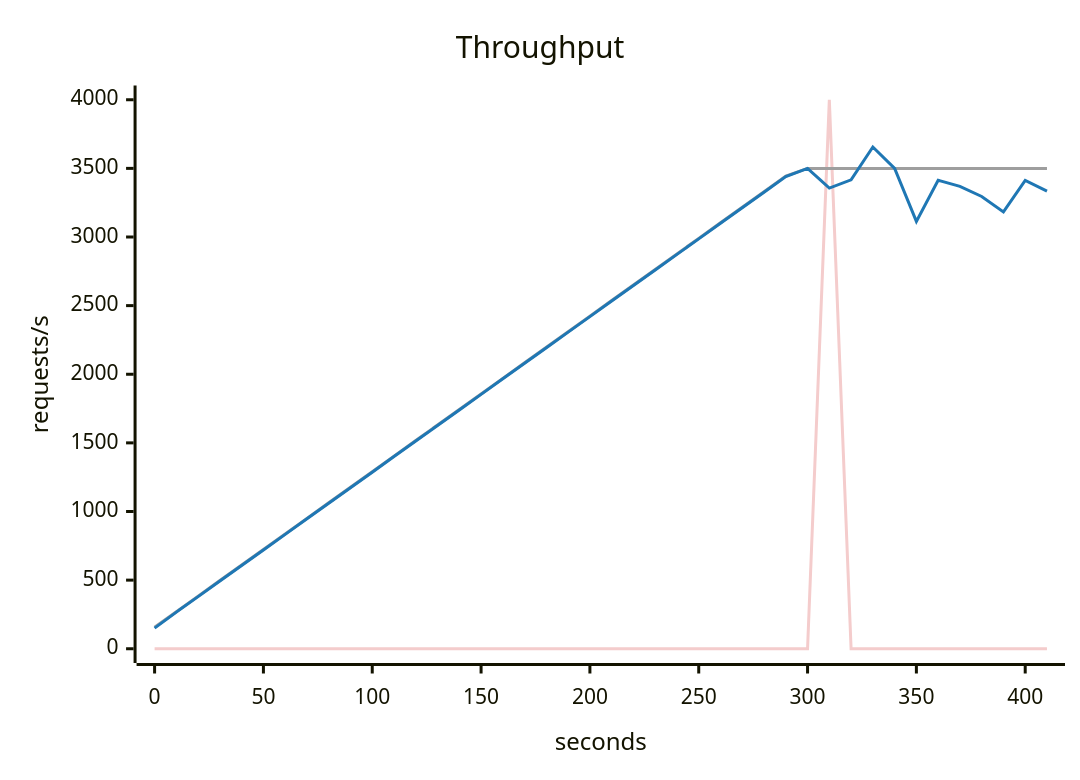
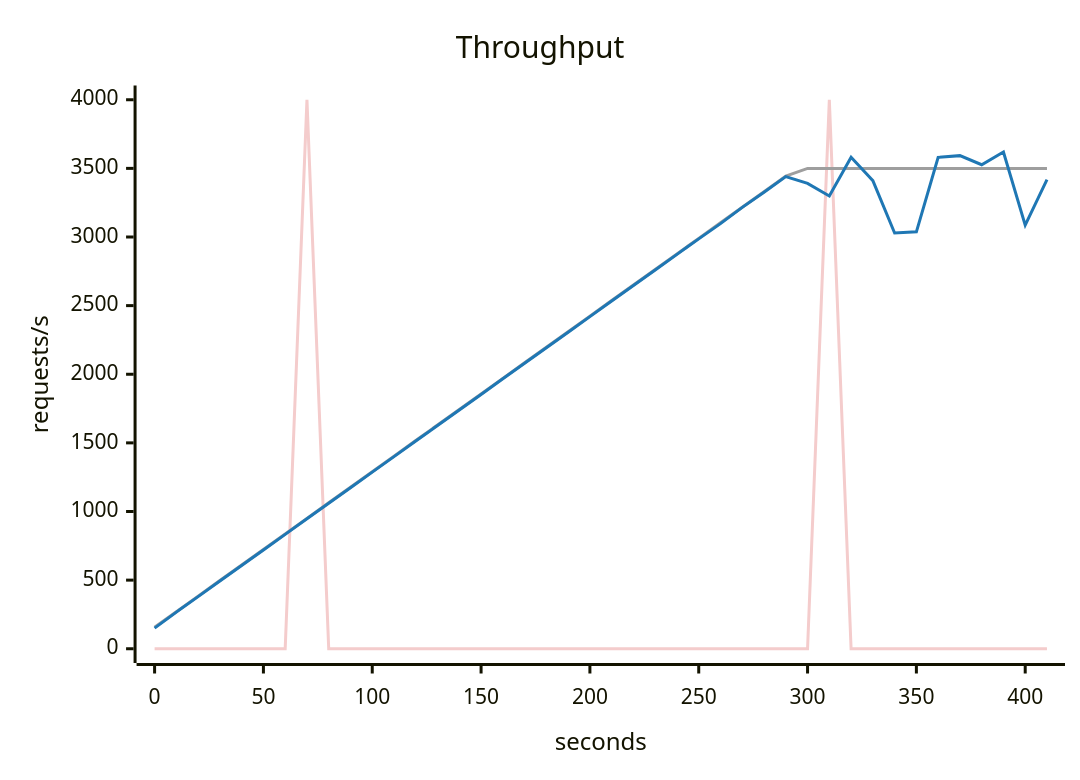
The second of 5 diagrams in scenarios/when-to-scale-your-database/solutions/one-query-per-page/report.md (akinfemi/load-lore), drawn with Mermaid before and after one commit. The commit also changed other lines of this file and 125 other files, not shown here.

````diff
--- a/scenarios/when-to-scale-your-database/solutions/one-query-per-page/report.md
+++ b/scenarios/when-to-scale-your-database/solutions/one-query-per-page/report.md
@@ -40,16 +39,16 @@
 ```mermaid
 ---
 config:
   themeVariables:
     xyChart:
       backgroundColor: "transparent"
       plotColorPalette: "#f4cccc, #9e9e9e, #1f77b4"
 ---
 xychart-beta
     title "Throughput"
     x-axis "seconds" 0 --> 410
     y-axis "requests/s" 0 --> 4000
-    line [0, 0, 0, 0, 0, 0, 0, 0, 0, 0, 0, 0, 0, 0, 0, 0, 0, 0, 0, 0, 0, 0, 0, 0, 0, 0, 0, 0, 0, 0, 0, 4000, 0, 0, 0, 0, 0, 0, 0, 0, 0, 0]
+    line [0, 0, 0, 0, 0, 0, 0, 4000, 0, 0, 0, 0, 0, 0, 0, 0, 0, 0, 0, 0, 0, 0, 0, 0, 0, 0, 0, 0, 0, 0, 0, 4000, 0, 0, 0, 0, 0, 0, 0, 0, 0, 0]
     line [156.667, 270, 383.333, 496.667, 610, 723.333, 836.667, 950, 1063.333, 1176.667, 1290, 1403.333, 1516.667, 1630, 1743.333, 1856.667, 1970, 2083.333, 2196.667, 2310, 2423.333, 2536.667, 2650, 2763.333, 2876.667, 2990, 3103.333, 3216.667, 3330, 3443.333, 3500, 3500, 3500, 3500, 3500, 3500, 3500, 3500, 3500, 3500, 3500, 3500]
-    line [150.42, 266.563, 379.943, 493.365, 606.558, 719.998, 833.229, 946.645, 1060.163, 1172.965, 1286.646, 1400.078, 1513.207, 1626.757, 1739.772, 1853.239, 1966.828, 2079.943, 2193.017, 2306.696, 2419.962, 2533.158, 2646.774, 2760.083, 2873.282, 2986.372, 3100.139, 3213.415, 3326.544, 3440.126, 3499.672, 3356.79, 3416.715, 3655.522, 3499.944, 3114.015, 3413.378, 3369.133, 3295.597, 3182.919, 3412.345, 3334.256]
+    line [150.274, 266.606, 379.795, 493.34, 606.349, 719.929, 833.158, 946.643, 1059.684, 1173.2, 1286.698, 1399.891, 1513.13, 1626.527, 1740.08, 1852.931, 1966.669, 2079.884, 2193.089, 2306.533, 2419.991, 2533.159, 2646.736, 2759.45, 2873.463, 2986.549, 3097.242, 3215.811, 3326.549, 3439.886, 3390.529, 3298.381, 3581.156, 3410.704, 3029.284, 3037.437, 3580.251, 3592.844, 3526.514, 3619.326, 3085.939, 3418.421]
 ```
````
